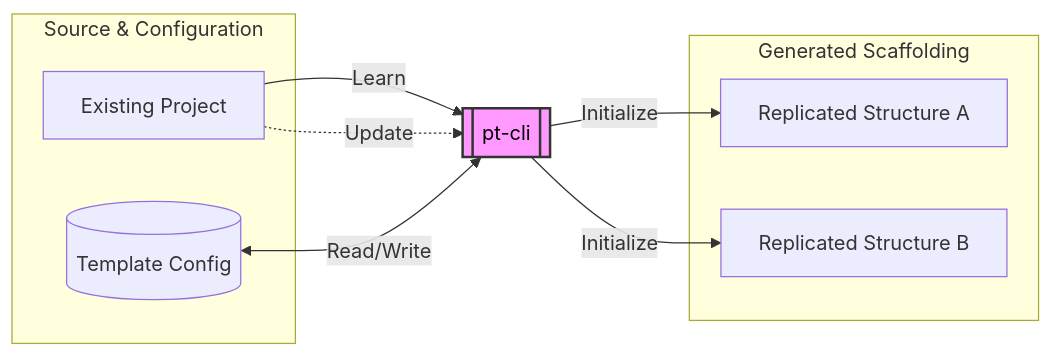
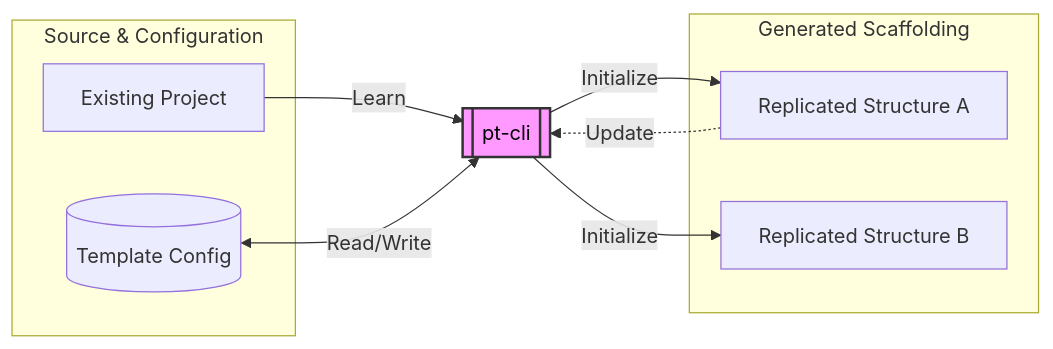
The diagram in README.md (garyritchie/pt-cli), drawn with Mermaid before and after one commit. The commit also changed other lines of this file, not shown here.

````diff
--- a/README.md
+++ b/README.md
@@ -5,25 +5,26 @@
 ```mermaid
 graph LR
     subgraph Inputs ["Source & Configuration"]
         Existing[Existing Project]
         Config[(Template Config)]
     end
-
+    
     Engine[[pt-cli]]
-
+    
     subgraph Outputs ["Generated Scaffolding"]
         RSA[Replicated Structure A]
         RSB[Replicated Structure B]
     end
-
+    
     %% Flow logic
     Existing -- Learn --> Engine
     Config <-- Read/Write --> Engine
     Engine -- Initialize --> RSA
     Engine -- Initialize --> RSB
     
     %% Separate the Update logic to avoid crossing lines
-    Existing -. Update .-> Engine
+    RSA -. Update .-> Engine
+    
+    style Engine fill:#f9f,stroke:#333,stroke-width:2px,color:#000
 
-    style Engine fill:#f9f,stroke:#333,stroke-width:2px,color:#000
 ```
````
